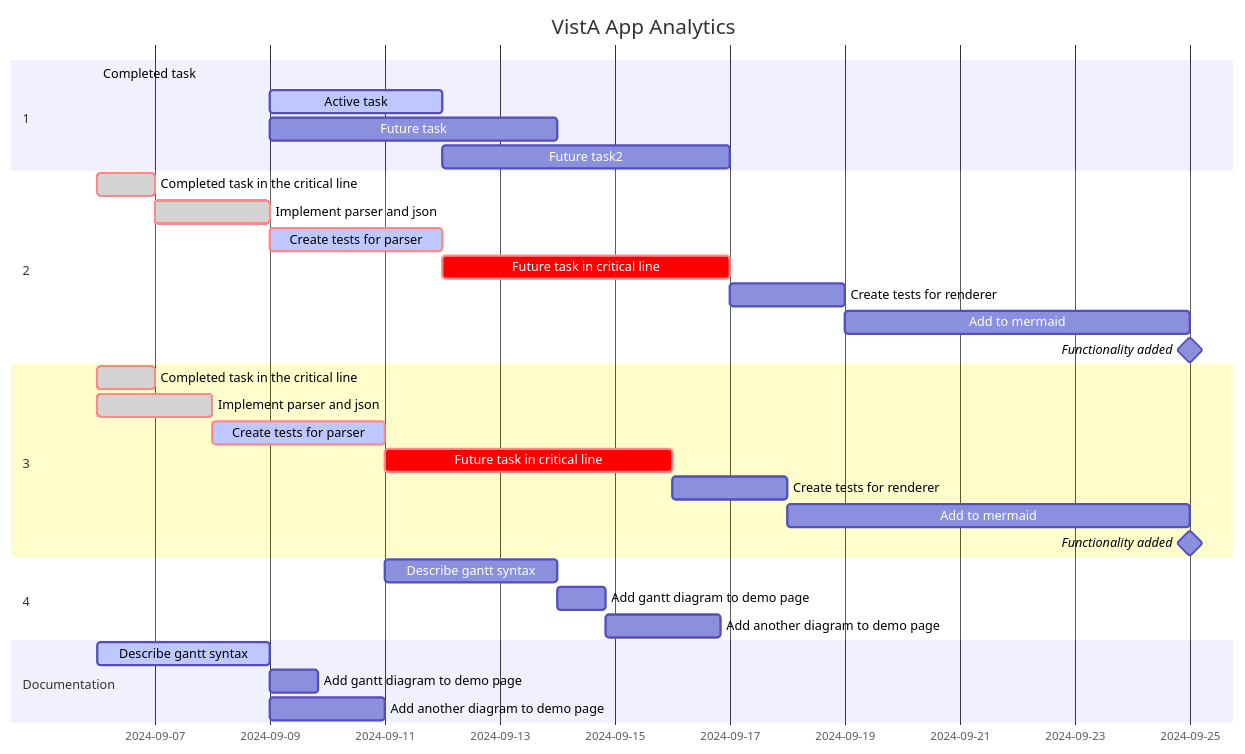
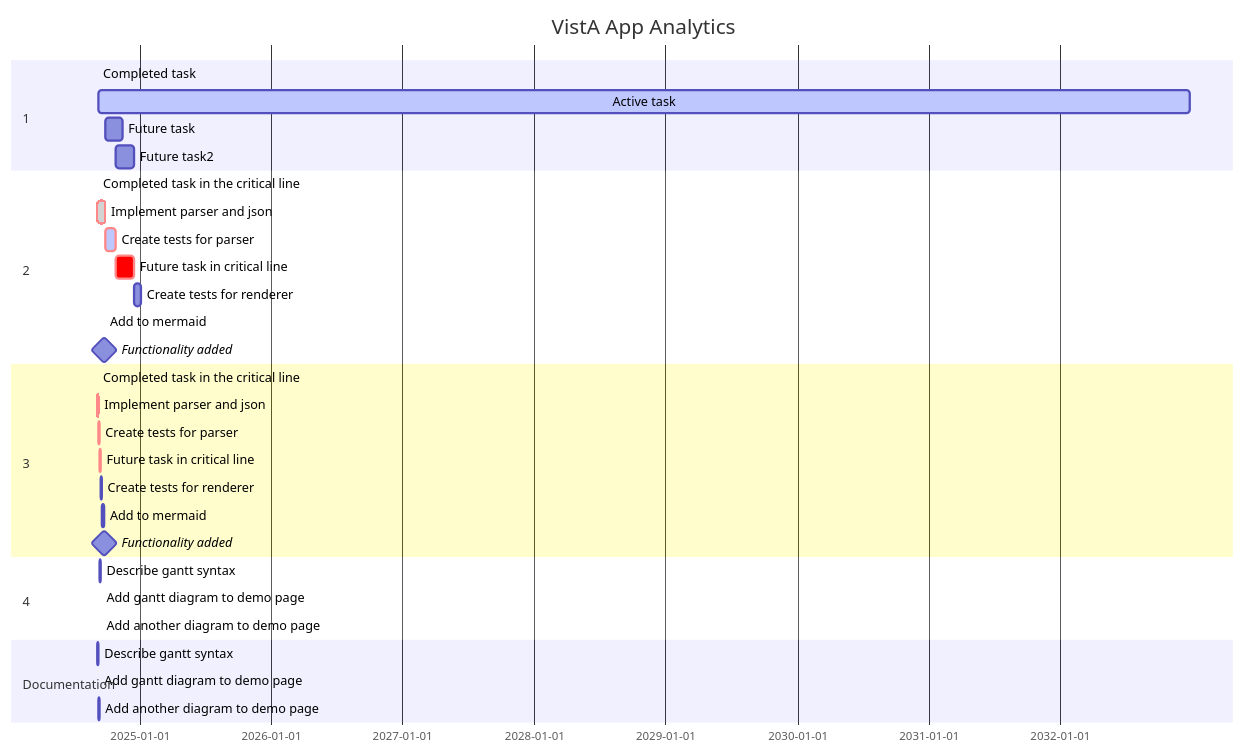
The diagram in readme.md (cloudvista/vaa), drawn with Mermaid before and after one commit. The commit also changed other lines of this file, not shown here.

````diff
--- a/readme.md
+++ b/readme.md
@@ -43,40 +43,40 @@
 ```mermaid
 gantt
     dateFormat  YY-MM-DD
     title       VistA App Analytics
  
     section 1
     Completed task            :done,    task1, 2024-09-06,2024-09-08
-    Active task               :active,  task2, 2024-09-09, 3d
-    Future task               :         task3, after task2, 5d
-    Future task2              :         task4, after task3, 5d
+    Active task               :active,  task2, 2024-09-09, 3030d
+    Future task               :         task3, after task2, 50d
+    Future task2              :         task4, after task3, 50d
 
     section 2
     Completed task in the critical line :crit, done, 2024-09-06,24h
-    Implement parser and json          :crit, done, after task1, 2d
-    Create tests for parser             :crit, active, 3d
-    Future task in critical line        :crit, 5d
-    Create tests for renderer           :2d
+    Implement parser and json          :crit, done, after task1, 20d
+    Create tests for parser             :crit, active, 30d
+    Future task in critical line        :crit, 50d
+    Create tests for renderer           :20d
     Add to mermaid                      :until isadded
     Functionality added                 :milestone, isadded, 2024-09-25, 0d
     
     section 3
     Completed task in the critical line :crit, done, 2024-09-06,24h
     Implement parser and json          :crit, done, after des1, 2d
     Create tests for parser             :crit, active, 3d
     Future task in critical line        :crit, 5d
     Create tests for renderer           :2d
     Add to mermaid                      :until isadded
     Functionality added                 :milestone, isadded, 2024-09-25, 0d
 
     section 4
     Describe gantt syntax               :after doc1, 3d
     Add gantt diagram to demo page      :20h
     Add another diagram to demo page    :48h
 
     section Documentation
     Describe gantt syntax               :active, a1, after des1, 3d
     Add gantt diagram to demo page      :after a1  , 20h
     Add another diagram to demo page    :doc1, after a1  , 48h
 
 ```
````
